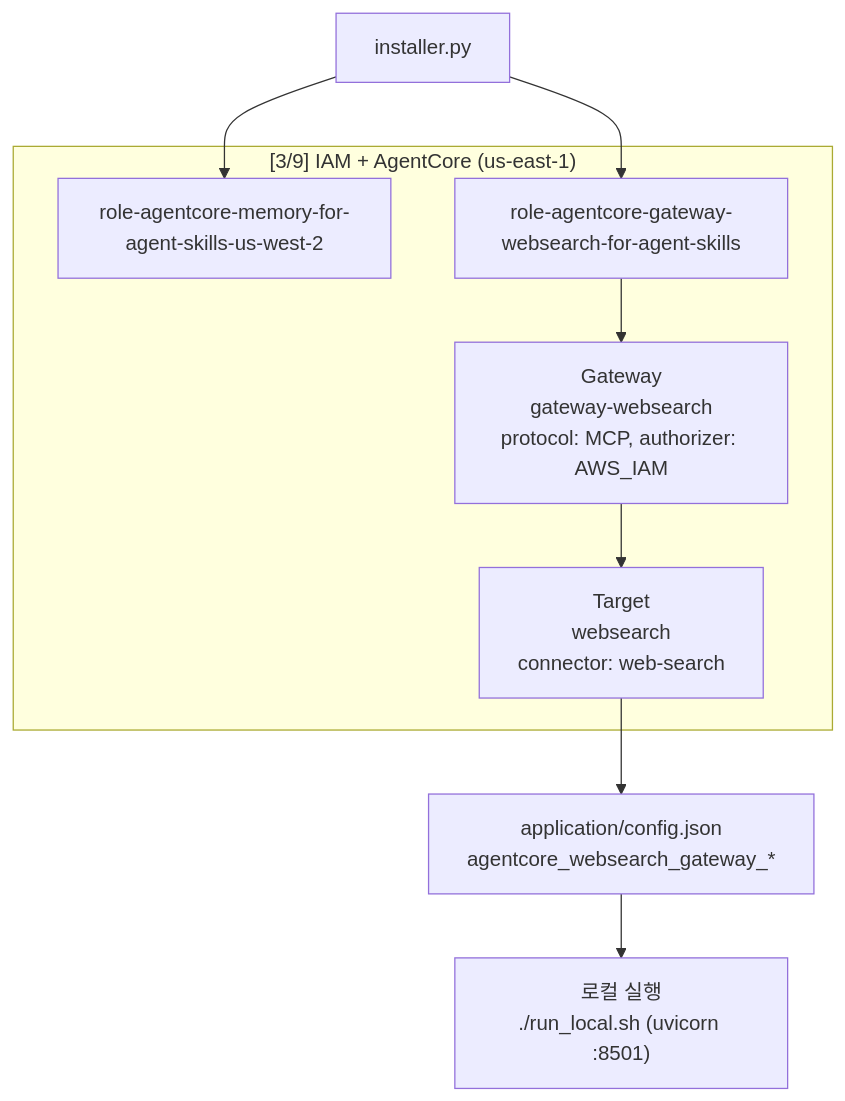
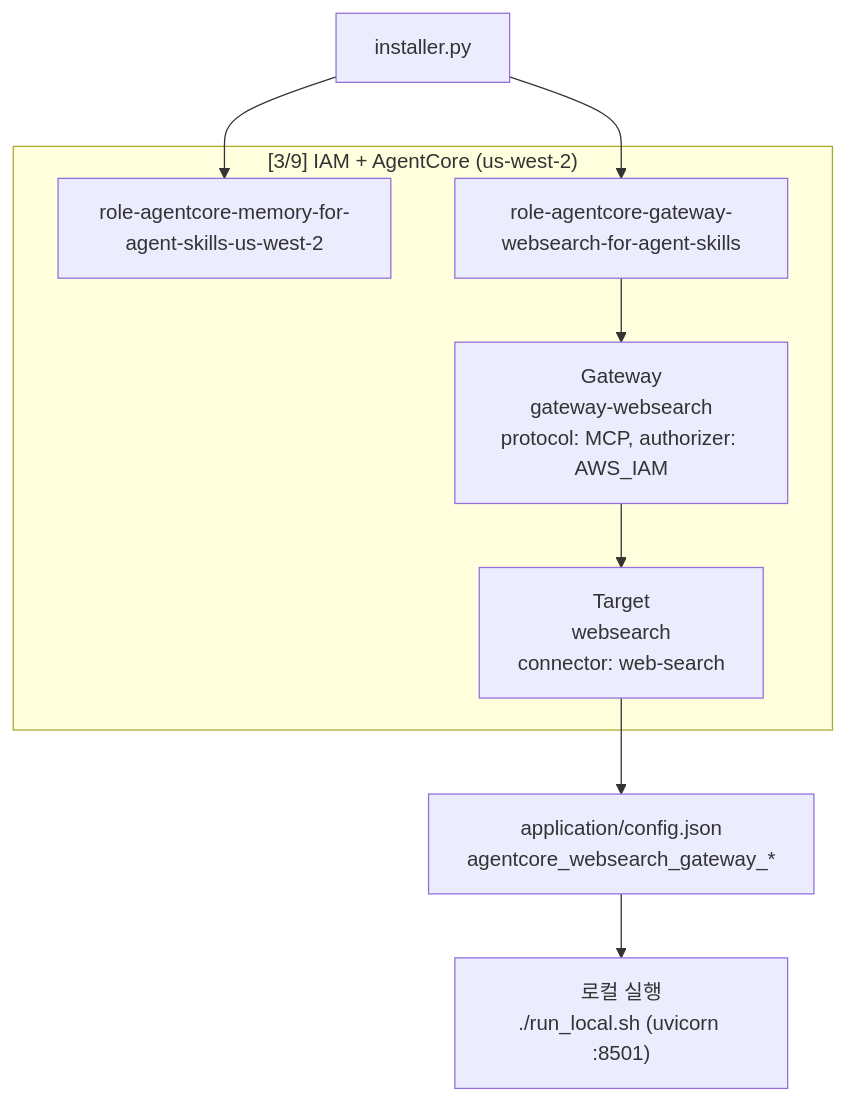
The first of 3 diagrams in websearch.md (kyopark2014/agent-skills), drawn with Mermaid before and after one commit. The commit also changed other lines of this file and 5 other files, not shown here.

First line of the commit message:
Move AgentCore websearch gateway defaults to us-west-2.

````diff
--- a/websearch.md
+++ b/websearch.md
@@ -11,21 +11,21 @@
 ```mermaid
 flowchart TB
   INS["installer.py"]
 
-  subgraph Step3["[3/9] IAM + AgentCore (us-east-1)"]
+  subgraph Step3["[3/9] IAM + AgentCore (us-west-2)"]
     MEM["role-agentcore-memory-for-agent-skills-us-west-2"]
     ROLE["role-agentcore-gateway-websearch-for-agent-skills"]
     GW["Gateway\ngateway-websearch\nprotocol: MCP, authorizer: AWS_IAM"]
     TGT["Target\nwebsearch\nconnector: web-search"]
   end
 
   CFG["application/config.json\nagentcore_websearch_gateway_*"]
   RUN["로컬 실행\n./run_local.sh (uvicorn :8501)"]
 
   INS --> MEM
   INS --> ROLE
   ROLE --> GW
   GW --> TGT
   TGT --> CFG
   CFG --> RUN
 ```
````
